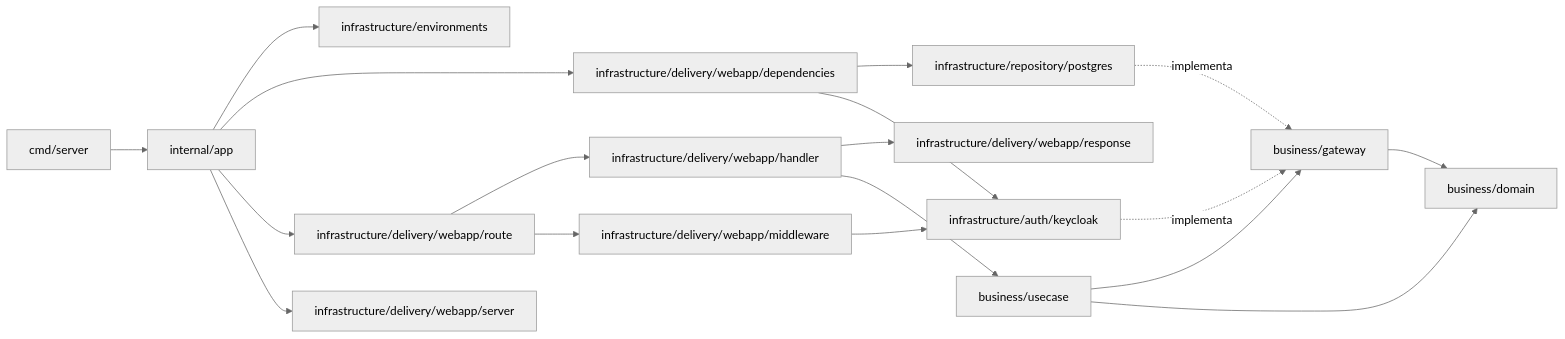
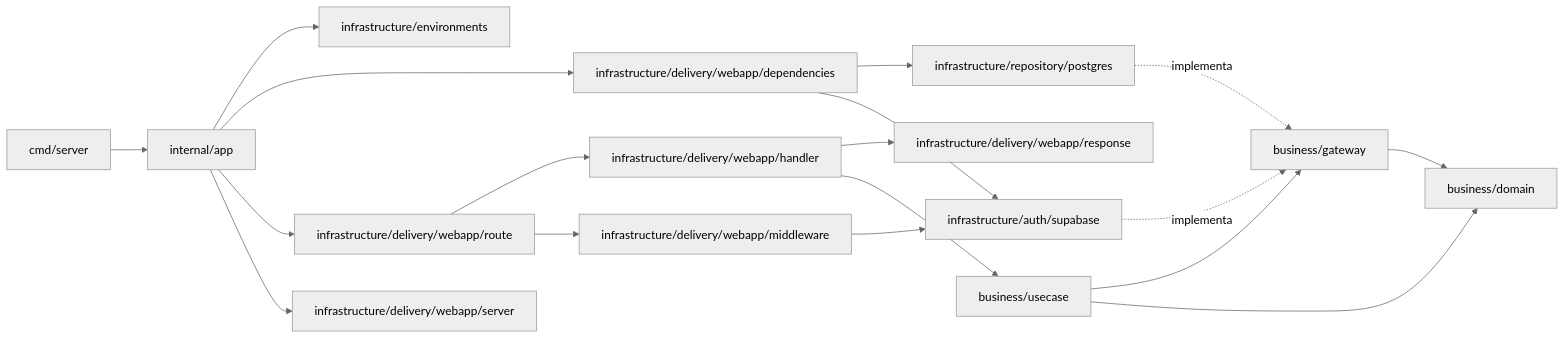
The second of 2 diagrams in docs/architecture.md (LoteoApp/LoteosAPP), drawn with Mermaid (neutral theme) before and after one commit. The commit also changed other lines of this file and 24 other files, not shown here.

First line of the commit message:
refactor: replace keycloak adapter with supabase auth

````diff
--- a/docs/architecture.md
+++ b/docs/architecture.md
@@ -136,20 +131,20 @@
 ```mermaid
 flowchart LR
     main["cmd/server"] --> app["internal/app"]
     app --> environments["infrastructure/environments"]
     app --> deps["infrastructure/delivery/webapp/dependencies"]
     app --> route["infrastructure/delivery/webapp/route"]
     app --> server["infrastructure/delivery/webapp/server"]
     deps --> repo["infrastructure/repository/postgres"]
-    deps --> keycloak["infrastructure/auth/keycloak"]
+    deps --> supabase["infrastructure/auth/supabase"]
     route --> handler["infrastructure/delivery/webapp/handler"]
     route --> middleware["infrastructure/delivery/webapp/middleware"]
-    middleware --> keycloak
+    middleware --> supabase
     handler --> response["infrastructure/delivery/webapp/response"]
     handler --> usecase["business/usecase"]
     repo -.implementa.-> gateway["business/gateway"]
-    keycloak -.implementa.-> gateway
+    supabase -.implementa.-> gateway
     usecase --> gateway
     usecase --> domain["business/domain"]
     gateway --> domain
 ```
````
